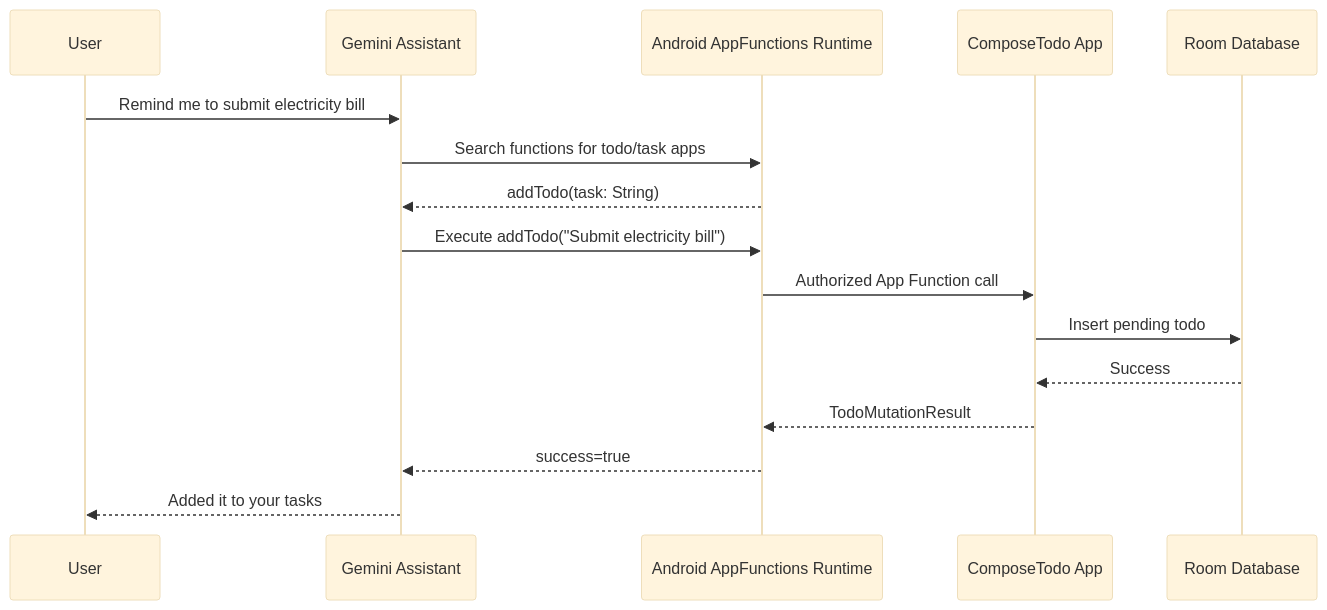
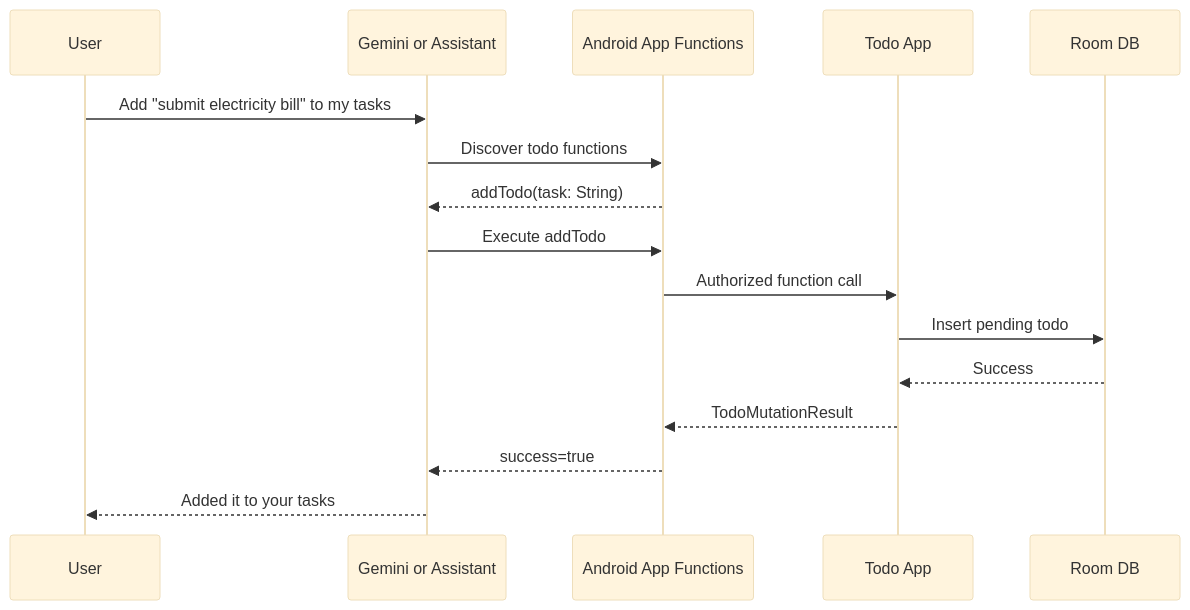
The third of 3 diagrams in article.md (gptshubham595/Android-App-Functions-Ai-Task-Controller-Compose), drawn with Mermaid (base theme) before and after one commit. The commit also changed other lines of this file, not shown here.

Commit message:
Added Agent And App Functions

````diff
--- a/article.md
+++ b/article.md
@@ -1860,19 +1591,19 @@
 ```mermaid
 sequenceDiagram
     participant User
-    participant Gemini as Gemini Assistant
-    participant Android as Android AppFunctions Runtime
-    participant Todo as ComposeTodo App
-    participant DB as Room Database
+    participant Gemini as Gemini or Assistant
+    participant Android as Android App Functions
+    participant Todo as Todo App
+    participant DB as Room DB
 
-    User->>Gemini: Remind me to submit electricity bill
-    Gemini->>Android: Search functions for todo/task apps
+    User->>Gemini: Add "submit electricity bill" to my tasks
+    Gemini->>Android: Discover todo functions
     Android-->>Gemini: addTodo(task: String)
-    Gemini->>Android: Execute addTodo("Submit electricity bill")
-    Android->>Todo: Authorized App Function call
+    Gemini->>Android: Execute addTodo
+    Android->>Todo: Authorized function call
     Todo->>DB: Insert pending todo
     DB-->>Todo: Success
     Todo-->>Android: TodoMutationResult
     Android-->>Gemini: success=true
     Gemini-->>User: Added it to your tasks
 ```
````
